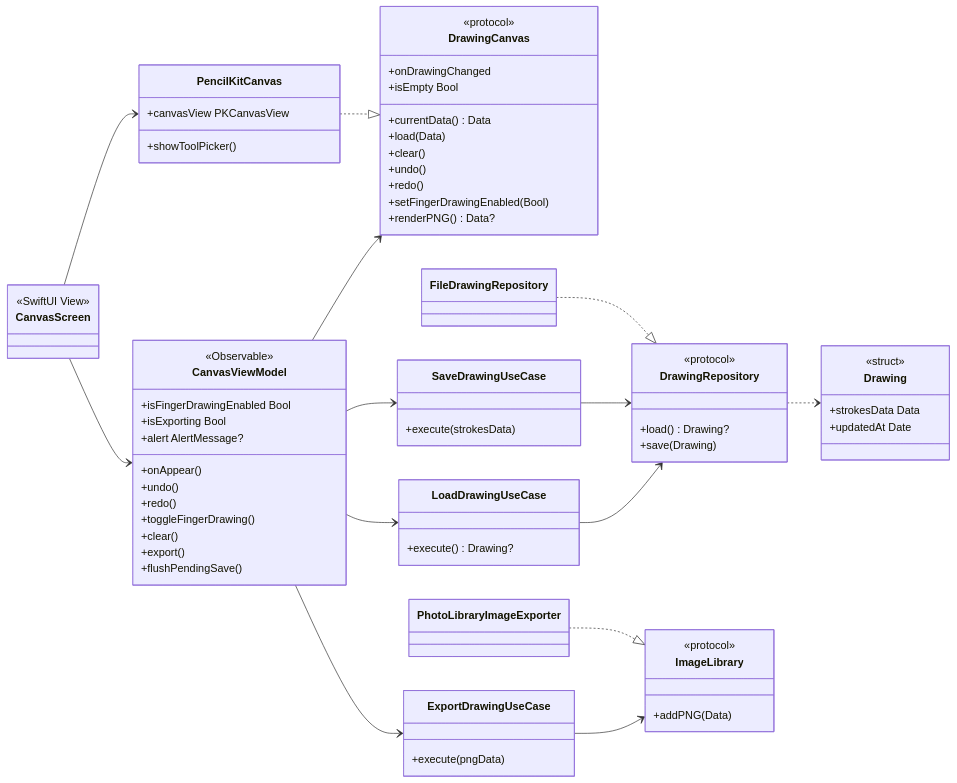
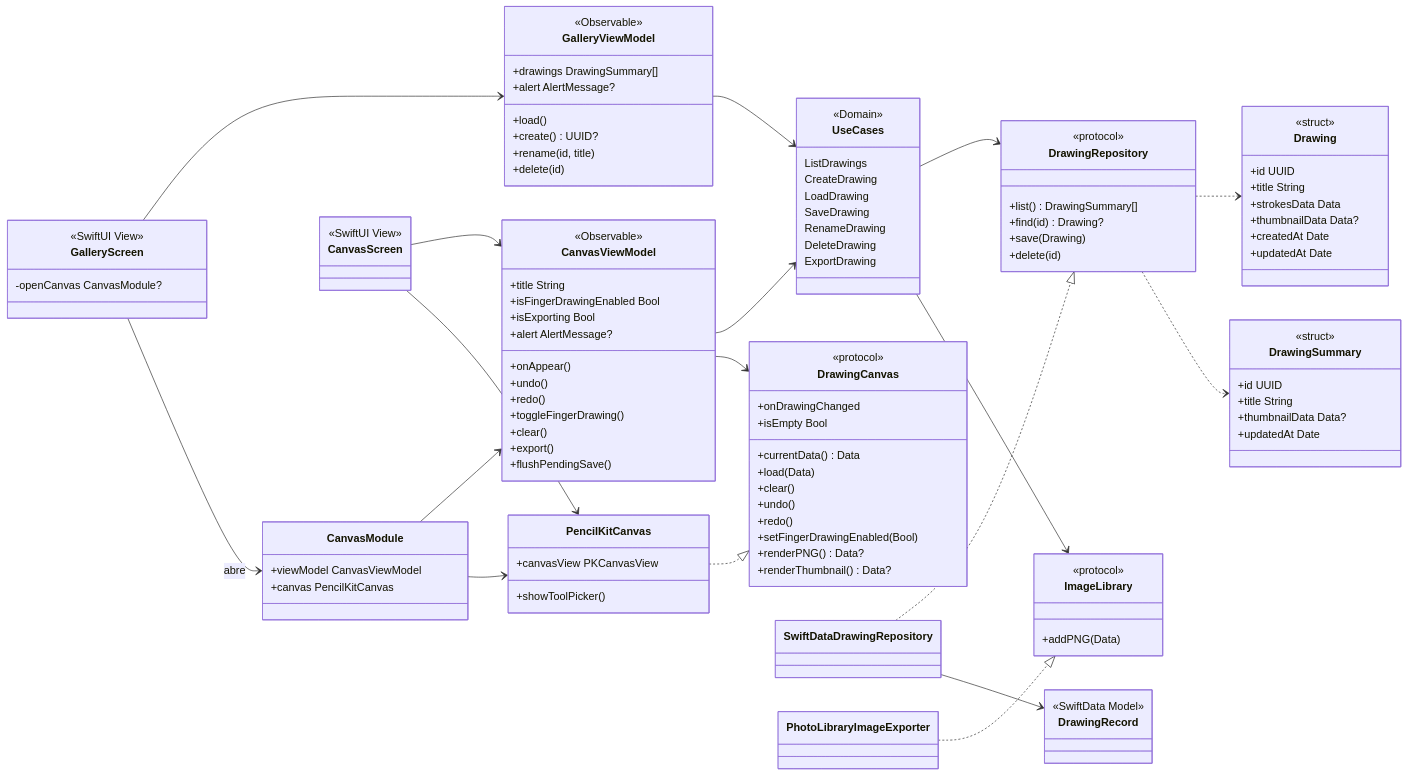
Before and after one commit to jhonjairo6230/DrawPad: the second of 8 diagrams in docs/arquitectura.md, drawn with Mermaid. The commit also changed other lines of this file and 6 other files, not shown here.

First line of the commit message:
Documentar la galería y la base de datos SwiftData

````diff
--- a/docs/arquitectura.md
+++ b/docs/arquitectura.md
@@ -115,11 +138,29 @@
 classDiagram
     direction LR
 
+    class GalleryScreen {
+        <<SwiftUI View>>
+        -openCanvas CanvasModule?
+    }
+    class GalleryViewModel {
+        <<Observable>>
+        +drawings DrawingSummary[]
+        +alert AlertMessage?
+        +load()
+        +create() UUID?
+        +rename(id, title)
+        +delete(id)
+    }
+    class CanvasModule {
+        +viewModel CanvasViewModel
+        +canvas PencilKitCanvas
+    }
     class CanvasScreen {
         <<SwiftUI View>>
     }
     class CanvasViewModel {
         <<Observable>>
+        +title String
         +isFingerDrawingEnabled Bool
         +isExporting Bool
         +alert AlertMessage?
@@ -142,24 +183,28 @@
         +redo()
         +setFingerDrawingEnabled(Bool)
         +renderPNG() Data?
+        +renderThumbnail() Data?
     }
     class PencilKitCanvas {
         +canvasView PKCanvasView
         +showToolPicker()
     }
-    class LoadDrawingUseCase {
-        +execute() Drawing?
-    }
-    class SaveDrawingUseCase {
-        +execute(strokesData)
-    }
-    class ExportDrawingUseCase {
-        +execute(pngData)
+    class UseCases {
+        <<Domain>>
+        ListDrawings
+        CreateDrawing
+        LoadDrawing
+        SaveDrawing
+        RenameDrawing
+        DeleteDrawing
+        ExportDrawing
     }
     class DrawingRepository {
         <<protocol>>
-        +load() Drawing?
+        +list() DrawingSummary[]
+        +find(id) Drawing?
         +save(Drawing)
+        +delete(id)
     }
     class ImageLibrary {
         <<protocol>>
@@ -167,23 +212,41 @@
     }
     class Drawing {
         <<struct>>
+        +id UUID
+        +title String
         +strokesData Data
+        +thumbnailData Data?
+        +createdAt Date
         +updatedAt Date
     }
-    class FileDrawingRepository
+    class DrawingSummary {
+        <<struct>>
+        +id UUID
+        +title String
+        +thumbnailData Data?
+        +updatedAt Date
+    }
+    class SwiftDataDrawingRepository
+    class DrawingRecord {
+        <<SwiftData Model>>
+    }
     class PhotoLibraryImageExporter
 
+    GalleryScreen --> GalleryViewModel
+    GalleryScreen --> CanvasModule : abre
+    CanvasModule --> CanvasViewModel
+    CanvasModule --> PencilKitCanvas
     CanvasScreen --> CanvasViewModel
     CanvasScreen --> PencilKitCanvas
+    GalleryViewModel --> UseCases
+    CanvasViewModel --> UseCases
     CanvasViewModel --> DrawingCanvas
-    CanvasViewModel --> LoadDrawingUseCase
-    CanvasViewModel --> SaveDrawingUseCase
-    CanvasViewModel --> ExportDrawingUseCase
     PencilKitCanvas ..|> DrawingCanvas
-    LoadDrawingUseCase --> DrawingRepository
-    SaveDrawingUseCase --> DrawingRepository
-    ExportDrawingUseCase --> ImageLibrary
+    UseCases --> DrawingRepository
+    UseCases --> ImageLibrary
     DrawingRepository ..> Drawing
-    FileDrawingRepository ..|> DrawingRepository
+    DrawingRepository ..> DrawingSummary
+    SwiftDataDrawingRepository ..|> DrawingRepository
+    SwiftDataDrawingRepository --> DrawingRecord
     PhotoLibraryImageExporter ..|> ImageLibrary
 ```
````
